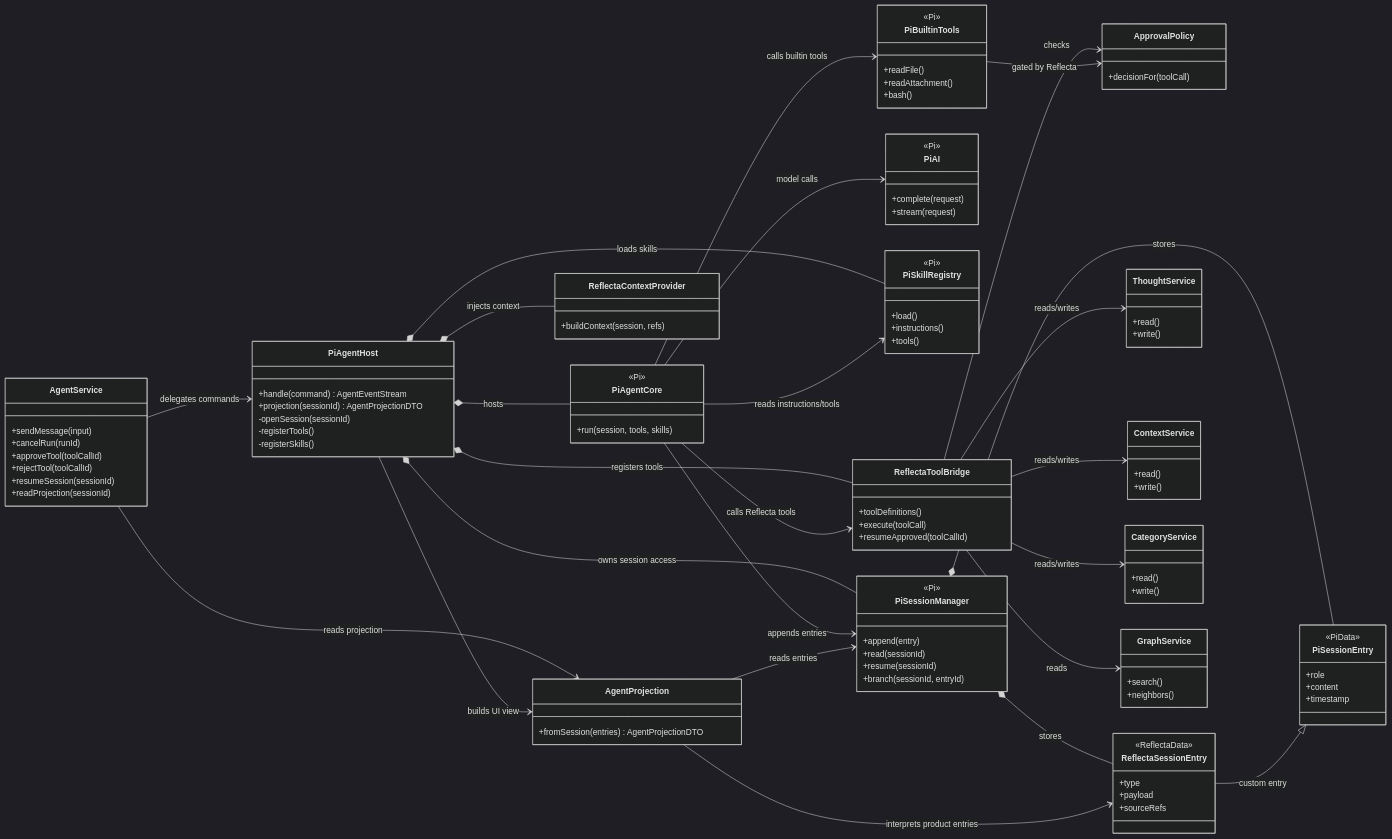
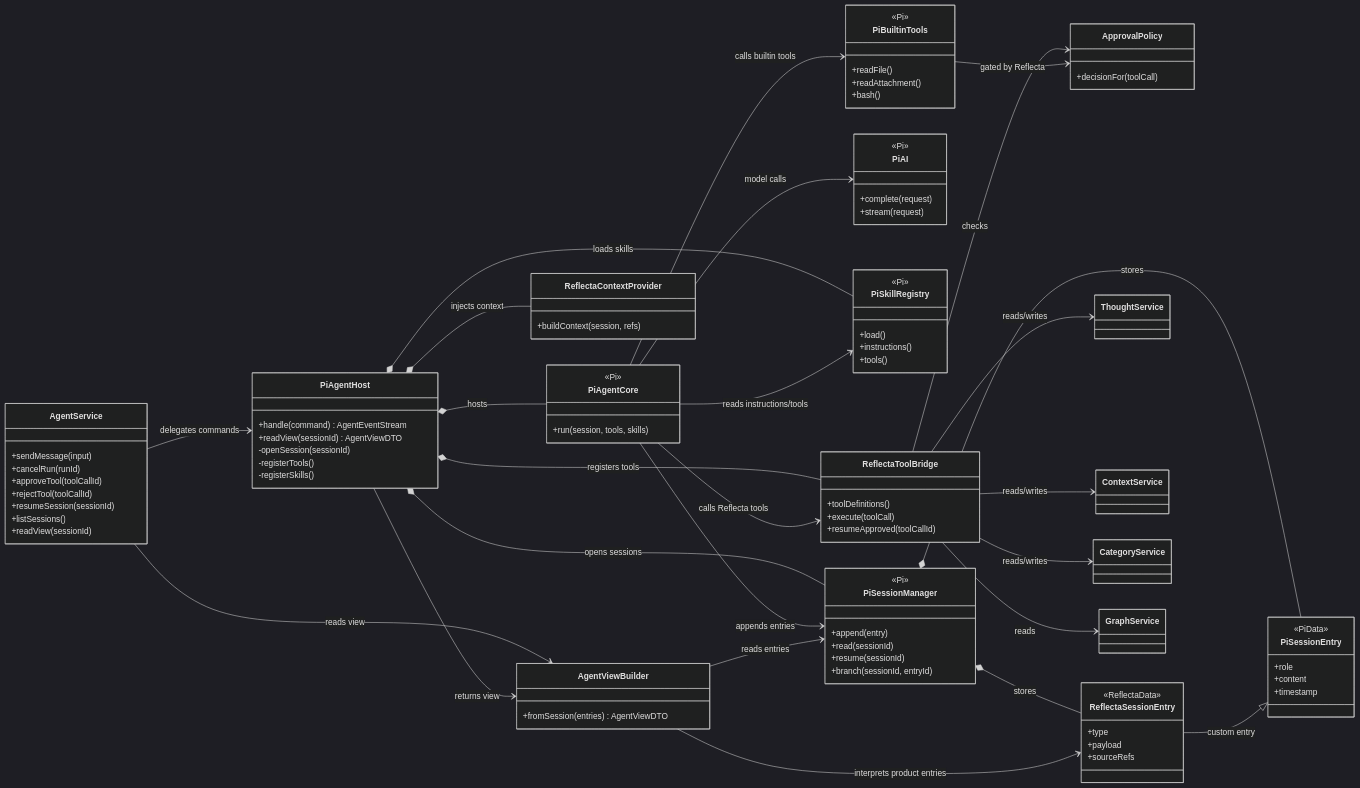
One commit to Floribunda1/reflecta changed the second of 6 diagrams in docs/iterations/v1.1.0/tech/agent-pi-runtime-architecture.md. Above: the diagram before and after it, drawn with Mermaid (dark theme). The commit also changed other lines of this file, not shown here.

Commit message:
docs(agent): split pi architecture frontend backend

````diff
--- a/docs/iterations/v1.1.0/tech/agent-pi-runtime-architecture.md
+++ b/docs/iterations/v1.1.0/tech/agent-pi-runtime-architecture.md
@@ -163,12 +104,13 @@
     +approveTool(toolCallId)
     +rejectTool(toolCallId)
     +resumeSession(sessionId)
-    +readProjection(sessionId)
+    +listSessions()
+    +readView(sessionId)
   }
 
   class PiAgentHost {
     +handle(command) AgentEventStream
-    +projection(sessionId) AgentProjectionDTO
+    +readView(sessionId) AgentViewDTO
     -openSession(sessionId)
     -registerTools()
     -registerSkills()
@@ -221,8 +163,8 @@
     +decisionFor(toolCall)
   }
 
-  class AgentProjection {
-    +fromSession(entries) AgentProjectionDTO
+  class AgentViewBuilder {
+    +fromSession(entries) AgentViewDTO
   }
 
   class PiSessionEntry {
@@ -239,35 +181,20 @@
     +sourceRefs
   }
 
-  class ThoughtService {
-    +read()
-    +write()
-  }
-
-  class ContextService {
-    +read()
-    +write()
-  }
-
-  class CategoryService {
-    +read()
-    +write()
-  }
-
-  class GraphService {
-    +search()
-    +neighbors()
-  }
+  class ThoughtService
+  class ContextService
+  class CategoryService
+  class GraphService
 
   AgentService --> PiAgentHost : delegates commands
-  AgentService --> AgentProjection : reads projection
+  AgentService --> AgentViewBuilder : reads view
 
   PiAgentHost *-- PiAgentCore : hosts
-  PiAgentHost *-- PiSessionManager : owns session access
+  PiAgentHost *-- PiSessionManager : opens sessions
   PiAgentHost *-- PiSkillRegistry : loads skills
   PiAgentHost *-- ReflectaContextProvider : injects context
   PiAgentHost *-- ReflectaToolBridge : registers tools
-  PiAgentHost --> AgentProjection : builds UI view
+  PiAgentHost --> AgentViewBuilder : returns view
 
   PiAgentCore --> PiAI : model calls
   PiAgentCore --> PiSessionManager : appends entries
@@ -279,14 +206,13 @@
   ReflectaSessionEntry --|> PiSessionEntry : custom entry
   PiSessionManager *-- ReflectaSessionEntry : stores
 
-  AgentProjection --> PiSessionManager : reads entries
-  AgentProjection --> ReflectaSessionEntry : interprets product entries
+  AgentViewBuilder --> PiSessionManager : reads entries
+  AgentViewBuilder --> ReflectaSessionEntry : interprets product entries
 
   ReflectaToolBridge --> ApprovalPolicy : checks
   ReflectaToolBridge --> ThoughtService : reads/writes
   ReflectaToolBridge --> ContextService : reads/writes
   ReflectaToolBridge --> CategoryService : reads/writes
   ReflectaToolBridge --> GraphService : reads
-
   PiBuiltinTools --> ApprovalPolicy : gated by Reflecta
 ```
````
